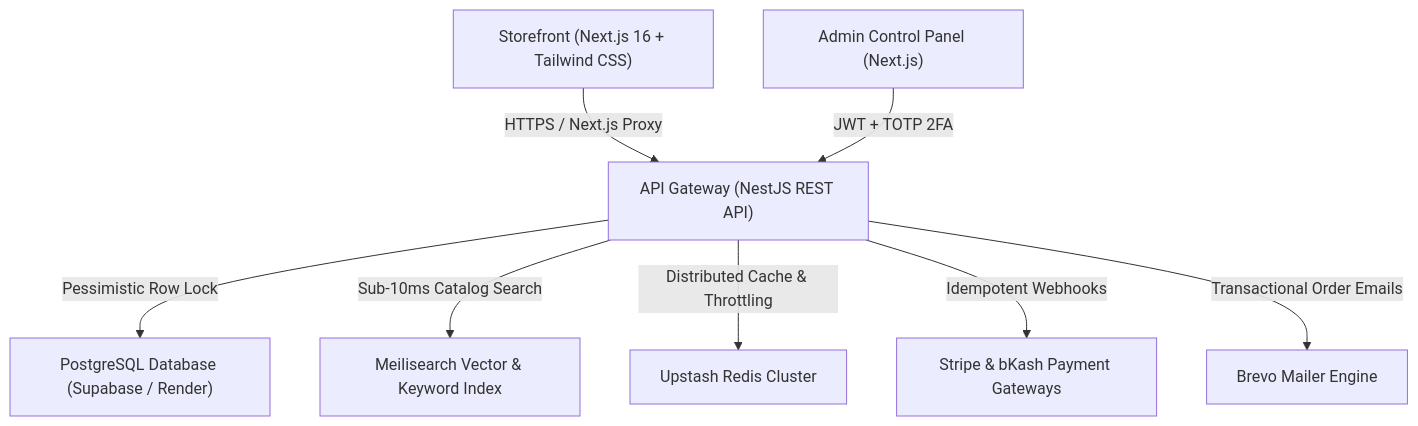
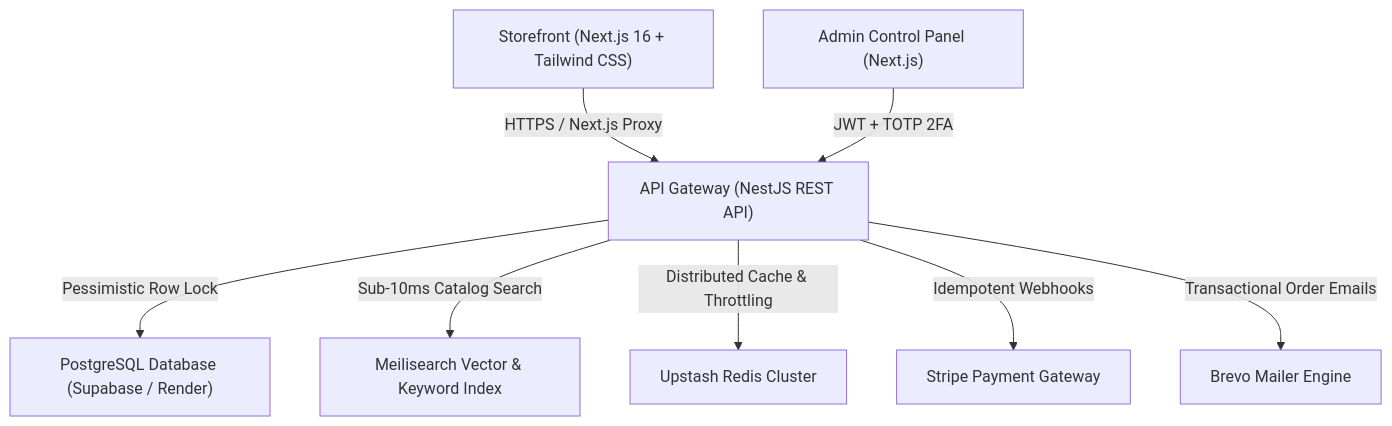
Before and after one commit to UMARMUKTHAR03/ecommerce-platform: the second of 2 diagrams in README.md, drawn with Mermaid. The commit also changed other lines of this file and 12 other files, not shown here.

Commit message:
chore: remove bKash payment integration, keep Stripe as sole gateway

````diff
--- a/README.md
+++ b/README.md
@@ -153,10 +152,10 @@
 ```mermaid
 graph TD
     A["Storefront (Next.js 16 + Tailwind CSS)"] -->|HTTPS / Next.js Proxy| B["API Gateway (NestJS REST API)"]
     C["Admin Control Panel (Next.js)"] -->|JWT + TOTP 2FA| B
     B -->|Pessimistic Row Lock| D["PostgreSQL Database (Supabase / Render)"]
     B -->|Sub-10ms Catalog Search| E["Meilisearch Vector & Keyword Index"]
     B -->|Distributed Cache & Throttling| F["Upstash Redis Cluster"]
-    B -->|Idempotent Webhooks| G["Stripe & bKash Payment Gateways"]
+    B -->|Idempotent Webhooks| G["Stripe Payment Gateway"]
     B -->|Transactional Order Emails| H["Brevo Mailer Engine"]
 ```
````
